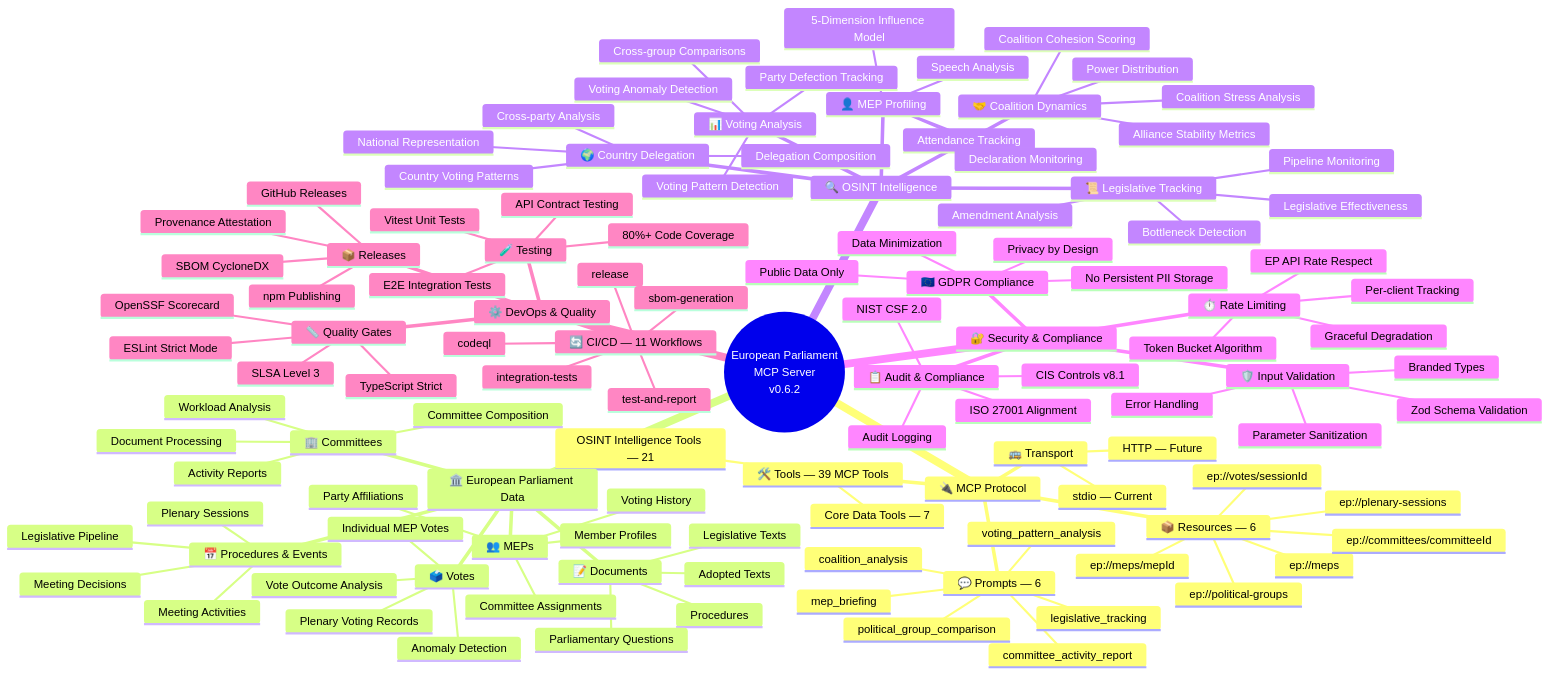
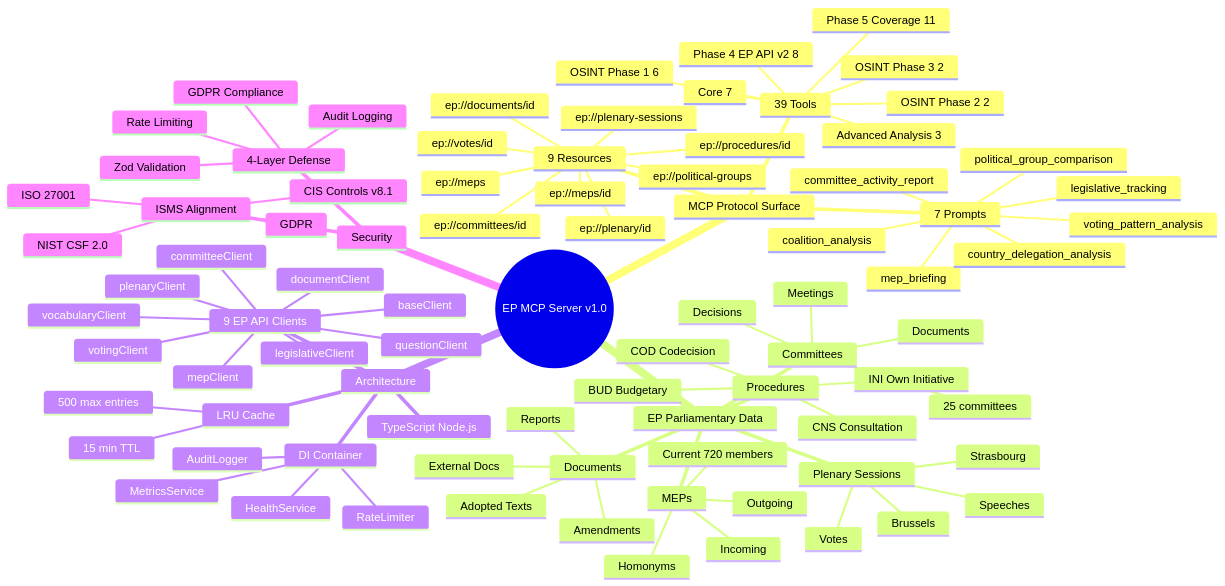
One commit to Hack23/European-Parliament-MCP-Server changed the first of 5 diagrams in MINDMAP.md. Above: the diagram before and after it, drawn with Mermaid. The commit also changed other lines of this file and 13 other files, not shown here.

````diff
--- a/MINDMAP.md
+++ b/MINDMAP.md
@@ -57,120 +53,88 @@
 ```mermaid
 mindmap
-  root((European Parliament<br/>MCP Server<br/>v0.6.2))
-    🔌 MCP Protocol
-      🛠️ Tools — 39 MCP Tools
-        Core Data Tools — 7
-        OSINT Intelligence Tools — 21
-      📦 Resources — 6
+  root((EP MCP Server v1.0))
+    MCP Protocol Surface
+      39 Tools
+        Core 7
+        Advanced Analysis 3
+        OSINT Phase 1 6
+        OSINT Phase 2 2
+        OSINT Phase 3 2
+        Phase 4 EP API v2 8
+        Phase 5 Coverage 11
+      9 Resources
         ep://meps
-        ep://meps/mepId
-        ep://committees/committeeId
+        ep://meps/id
+        ep://committees/id
         ep://plenary-sessions
-        ep://votes/sessionId
+        ep://votes/id
         ep://political-groups
-      💬 Prompts — 6
+        ep://procedures/id
+        ep://plenary/id
+        ep://documents/id
+      7 Prompts
         mep_briefing
         coalition_analysis
         legislative_tracking
         political_group_comparison
         committee_activity_report
         voting_pattern_analysis
-      🚌 Transport
-        stdio — Current
-        HTTP — Future
-    🏛️ European Parliament Data
-      👥 MEPs
-        Member Profiles
-        Party Affiliations
-        Committee Assignments
-        Voting History
-      🏢 Committees
-        Committee Composition
-        Activity Reports
-        Document Processing
-        Workload Analysis
-      📝 Documents
-        Legislative Texts
+        country_delegation_analysis
+    EP Parliamentary Data
+      MEPs
+        Current 720 members
+        Incoming
+        Outgoing
+        Homonyms
+      Procedures
+        COD Codecision
+        CNS Consultation
+        INI Own Initiative
+        BUD Budgetary
+      Plenary Sessions
+        Strasbourg
+        Brussels
+        Votes
+        Speeches
+      Committees
+        25 committees
+        Meetings
+        Documents
+        Decisions
+      Documents
+        Reports
+        Amendments
         Adopted Texts
-        Procedures
-        Parliamentary Questions
-      🗳️ Votes
-        Plenary Voting Records
-        Individual MEP Votes
-        Vote Outcome Analysis
-        Anomaly Detection
-      📅 Procedures & Events
-        Legislative Pipeline
-        Plenary Sessions
-        Meeting Activities
-        Meeting Decisions
-    🔍 OSINT Intelligence
-      📊 Voting Analysis
-        Voting Pattern Detection
-        Voting Anomaly Detection
-        Party Defection Tracking
-        Cross-group Comparisons
-      🤝 Coalition Dynamics
-        Coalition Cohesion Scoring
-        Coalition Stress Analysis
-        Alliance Stability Metrics
-        Power Distribution
-      📜 Legislative Tracking
-        Pipeline Monitoring
-        Bottleneck Detection
-        Legislative Effectiveness
-        Amendment Analysis
-      🌍 Country Delegation
-        Delegation Composition
-        Country Voting Patterns
-        National Representation
-        Cross-party Analysis
-      👤 MEP Profiling
-        5-Dimension Influence Model
-        Attendance Tracking
-        Speech Analysis
-        Declaration Monitoring
-    🔐 Security & Compliance
-      🛡️ Input Validation
-        Zod Schema Validation
-        Branded Types
-        Parameter Sanitization
-        Error Handling
-      🇪🇺 GDPR Compliance
-        No Persistent PII Storage
-        Public Data Only
-        Privacy by Design
-        Data Minimization
-      ⏱️ Rate Limiting
-        Token Bucket Algorithm
-        Per-client Tracking
-        Graceful Degradation
-        EP API Rate Respect
-      📋 Audit & Compliance
+        External Docs
+    Architecture
+      TypeScript Node.js
+      DI Container
+        RateLimiter
+        MetricsService
+        AuditLogger
+        HealthService
+      LRU Cache
+        500 max entries
+        15 min TTL
+      9 EP API Clients
+        baseClient
+        mepClient
+        votingClient
+        committeeClient
+        plenaryClient
+        documentClient
+        legislativeClient
+        questionClient
+        vocabularyClient
+    Security
+      4-Layer Defense
+        Zod Validation
+        Rate Limiting
         Audit Logging
-        ISO 27001 Alignment
+        GDPR Compliance
+      ISMS Alignment
+        ISO 27001
         NIST CSF 2.0
         CIS Controls v8.1
-    ⚙️ DevOps & Quality
-      🔄 CI/CD — 11 Workflows
-        test-and-report
-        codeql
-        release
-        integration-tests
-        sbom-generation
-      🧪 Testing
-        Vitest Unit Tests
-        E2E Integration Tests
-        80%+ Code Coverage
-        API Contract Testing
-      📏 Quality Gates
-        ESLint Strict Mode
-        TypeScript Strict
-        OpenSSF Scorecard
-        SLSA Level 3
-      📦 Releases
-        npm Publishing
-        GitHub Releases
-        SBOM CycloneDX
-        Provenance Attestation
+        GDPR
 ```
````
